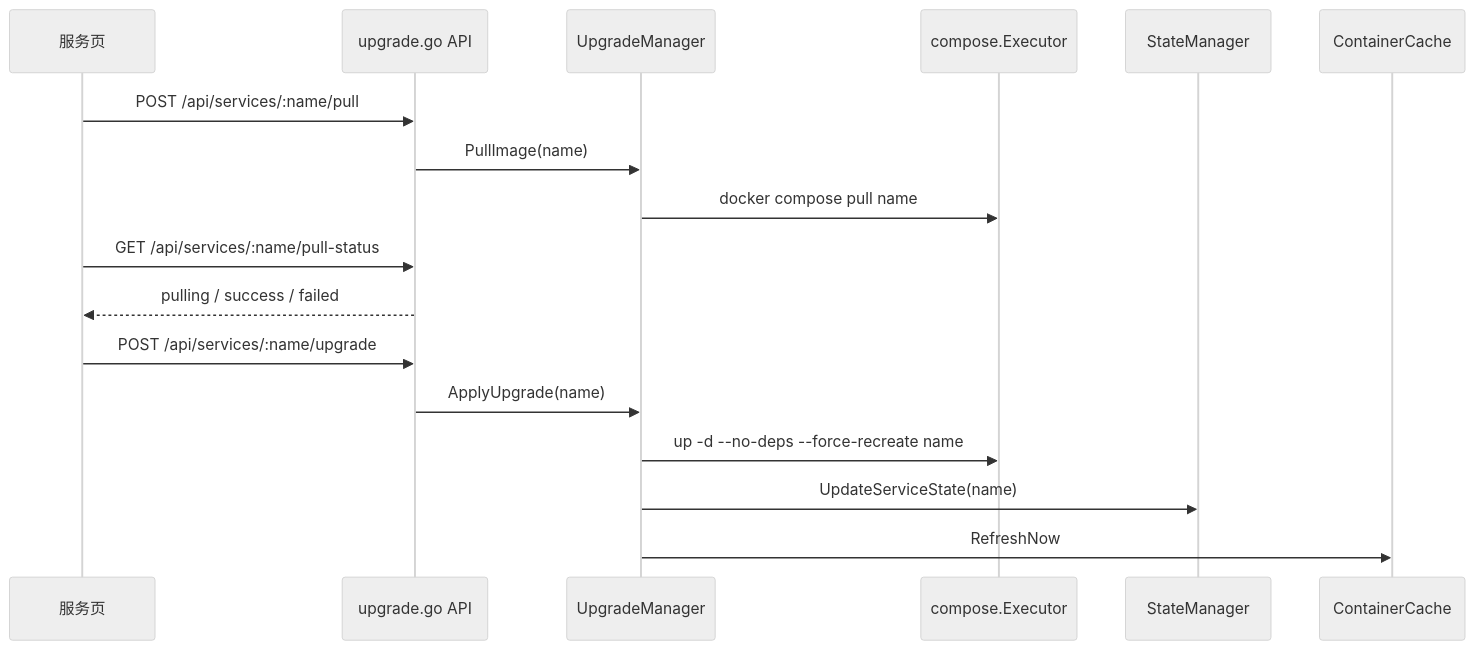
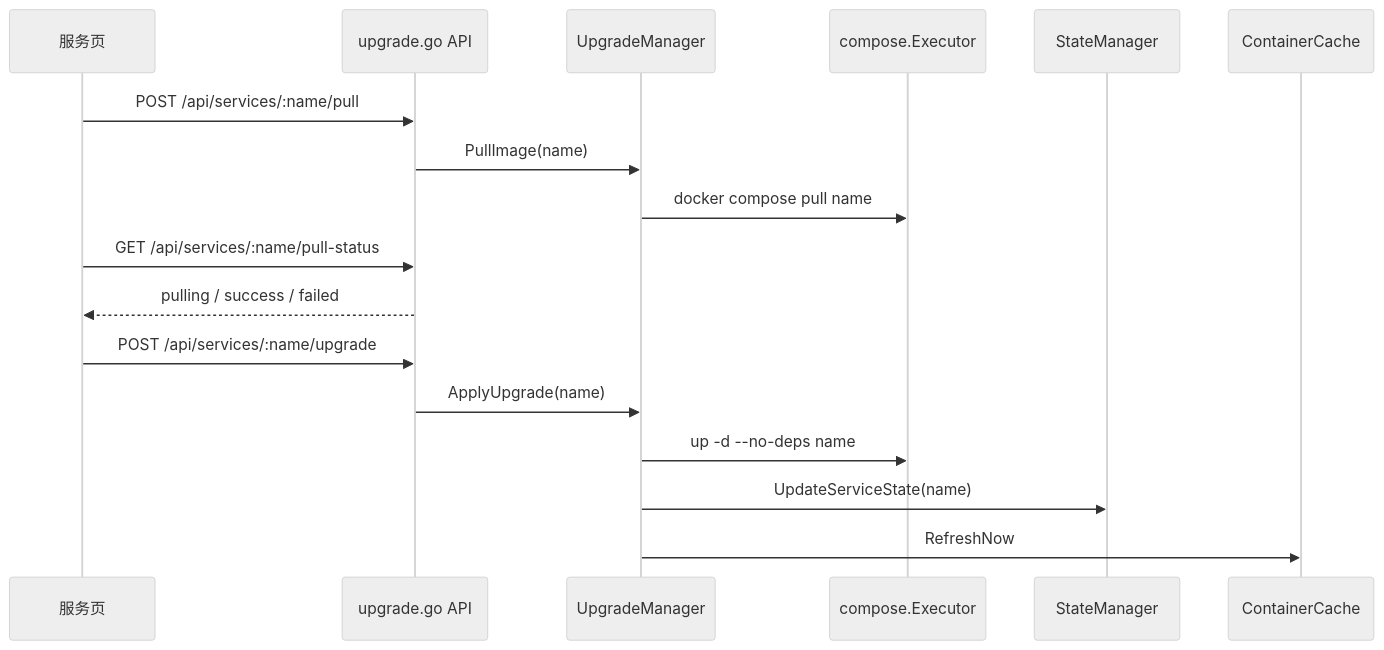
One commit to fengin/compose-board changed the seventh of 11 diagrams in docs/TECHNICAL_OVERVIEW.md. Above: the diagram before and after it, drawn with Mermaid (neutral theme). The commit also changed other lines of this file and 19 other files, not shown here.

````diff
--- a/docs/TECHNICAL_OVERVIEW.md
+++ b/docs/TECHNICAL_OVERVIEW.md
@@ -464,20 +464,20 @@
 ```mermaid
 sequenceDiagram
     participant UI as 服务页
     participant API as upgrade.go API
     participant U as UpgradeManager
     participant E as compose.Executor
     participant S as StateManager
     participant C as ContainerCache
 
     UI->>API: POST /api/services/:name/pull
     API->>U: PullImage(name)
     U->>E: docker compose pull name
     UI->>API: GET /api/services/:name/pull-status
     API-->>UI: pulling / success / failed
     UI->>API: POST /api/services/:name/upgrade
     API->>U: ApplyUpgrade(name)
-    U->>E: up -d --no-deps --force-recreate name
+    U->>E: up -d --no-deps name
     U->>S: UpdateServiceState(name)
     U->>C: RefreshNow
 ```
````
